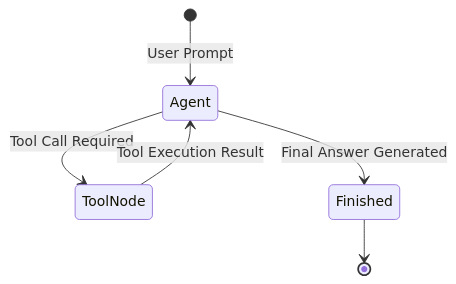
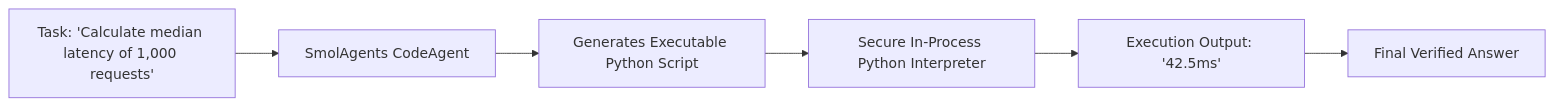
Before and after one commit to DeshDeepakKant/ai-engineering-docs: the diagram in docs/04-agentic-ai-langgraph/03-real-world-frameworks-krishnaik/11-build-ai-agents-using-huggingfaces-smola.md, drawn with Mermaid. The commit also changed other lines of this file and 182 other files, not shown here.

````diff
--- a/docs/04-agentic-ai-langgraph/03-real-world-frameworks-krishnaik/11-build-ai-agents-using-huggingfaces-smola.md
+++ b/docs/04-agentic-ai-langgraph/03-real-world-frameworks-krishnaik/11-build-ai-agents-using-huggingfaces-smola.md
@@ -35,8 +35,8 @@
 ```mermaid
-stateDiagram-v2
-    [*] --> Agent: User Prompt
-    Agent --> ToolNode: Tool Call Required
-    ToolNode --> Agent: Tool Execution Result
-    Agent --> Finished: Final Answer Generated
-    Finished --> [*]
+flowchart LR
+    Prompt["Task: 'Calculate median latency of 1,000 requests'"] --> Agent["SmolAgents CodeAgent"]
+    Agent --> Code["Generates Executable Python Script"]
+    Code --> Sandbox["Secure In-Process Python Interpreter"]
+    Sandbox --> Result["Execution Output: '42.5ms'"]
+    Result --> Final["Final Verified Answer"]
 ```
````
